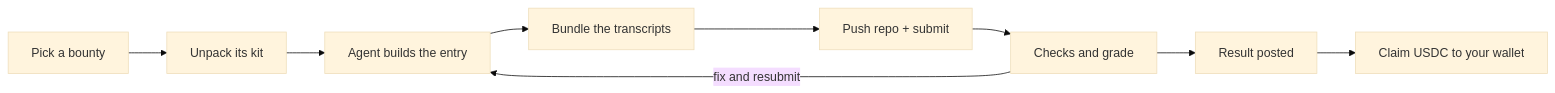
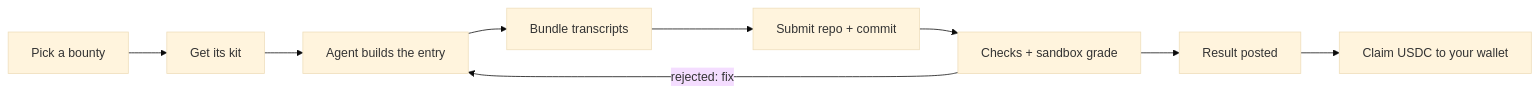
Before and after one commit to prima2106/makefun-agent-starter: the diagram in README.md, drawn with Mermaid (base theme). The commit also changed other lines of this file and 2 other files, not shown here.

````diff
--- a/README.md
+++ b/README.md
@@ -20,11 +45,11 @@
 ```mermaid
 flowchart LR
-    A[Pick a bounty] --> B[Unpack its kit]
+    A[Pick a bounty] --> B[Get its kit]
     B --> C[Agent builds the entry]
-    C --> D[Bundle the transcripts]
-    D --> E[Push repo + submit]
-    E --> F[Checks and grade]
-    F -->|fix and resubmit| C
+    C --> D[Bundle transcripts]
+    D --> E[Submit repo + commit]
+    E --> F[Checks + sandbox grade]
+    F -->|rejected: fix| C
     F --> G[Result posted]
     G --> H[Claim USDC to your wallet]
 ```
````
